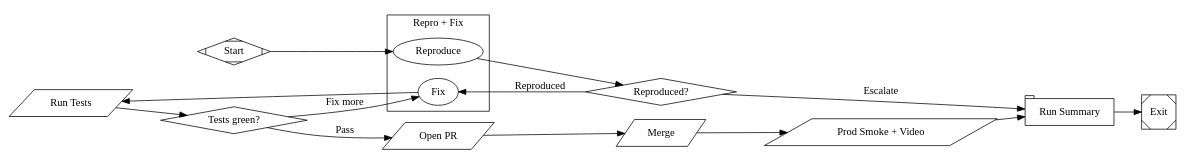
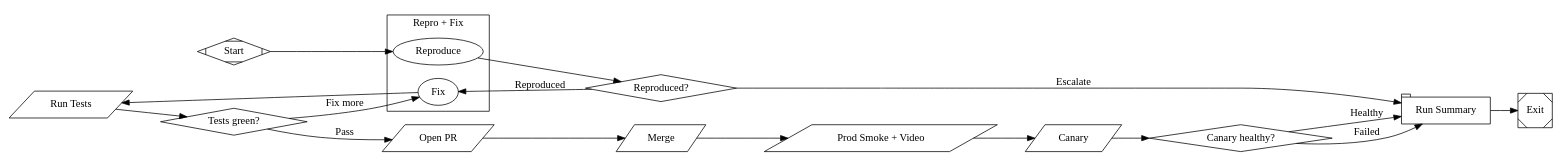
The diagram in autopilot/lib/factory-scaffold/factory/workflows/bugfix-express.dot (HireAll-ai/autopilot-skills), drawn with Graphviz before and after one commit. The commit also changed 32 other files, not shown here.

First line of the commit message:
autopilot 1.4.0: /init command, factory v2 scaffold (lane merge, QA/CSO/docs/canary)

```diff
--- a/autopilot/lib/factory-scaffold/factory/workflows/bugfix-express.dot
+++ b/autopilot/lib/factory-scaffold/factory/workflows/bugfix-express.dot
@@ -1,71 +1,83 @@
 // Software Factory — bugfix express
 // For bugs with an obvious cause and a reproducible symptom.
 // Discipline: the failing test IS the spec — reproduce FIRST, then fix.
 // Zero human gates; escalates itself to bugfix-deep when the cause turns out
 // to be non-obvious.
 //
 // Validate: `fabro validate factory/workflows/bugfix-express.dot`
 
 digraph BugfixExpress {
     graph [
         goal="Reproduce the bug with a failing test, fix it minimally, ship",
         default_max_retries=1,
         model_stylesheet="
             *        { model: claude-haiku-4-5; reasoning_effort: low; }
             .cheap   { model: claude-haiku-4-5; reasoning_effort: low; }
             .coding  { model: claude-fable-5; reasoning_effort: high; }
         "
     ]
     rankdir=LR
 
     start [shape=Mdiamond, label="Start"]
     exit  [shape=Msquare, label="Exit"]
 
     // Repro and fix share one thread: the fix agent keeps the repro context.
     subgraph cluster_fix {
         label = "Repro + Fix"
         node [thread_id="fix", fidelity="full"]
         reproduce [
             label="Reproduce",
             class="coding",
             prompt="Bug report: {{ goal }}. Write a failing automated test that reproduces the bug, commit it, and confirm the current code fails it. Do NOT fix anything yet. ESCAPE HATCH: if after a serious attempt you cannot reproduce, or the root cause turns out to be non-obvious (spans several modules, data corruption, concurrency), write your findings to triage.md, say ESCALATE in your final message, and stop — this bug belongs in bugfix-deep."
         ]
         fix [
             label="Fix",
             class="coding",
             max_visits=4,
             prompt="Fix the bug with the smallest change that makes the repro test pass without breaking the rest of the suite. No refactoring, no drive-by fixes — this lane merges with no human review. Commit."
         ]
     }
     repro_gate [shape=diamond, label="Reproduced?"]
 
     run_tests [label="Run Tests", shape=parallelogram, script="./factory/hooks/run-tests.sh", max_retries=0]
     tests_gate [shape=diamond, label="Tests green?"]
 
     open_pr [label="Open PR", shape=parallelogram, script="./factory/hooks/open-pr.sh"]
     merge   [label="Merge", shape=parallelogram, script="./factory/hooks/merge.sh", timeout="1800s"]
     prod_smoke [
         label="Prod Smoke + Video",
         shape=parallelogram,
         script="./factory/hooks/prod-e2e-video.sh",
         timeout="1800s"
     ]
 
+    canary [
+        label="Canary",
+        shape=parallelogram,
+        script="./factory/hooks/canary.sh",
+        max_retries=0,
+        timeout="1800s"
+    ]
+    canary_gate [shape=diamond, label="Canary healthy?"]
+
     summary [
         label="Run Summary",
         shape=tab,
         class="cheap",
-        prompt="Summarize: the bug, root cause in one line, the fix, the repro test path, prod smoke result. If the run escalated, lead with ESCALATED, quote triage.md, and recommend a bugfix-deep run."
+        prompt="Summarize: the bug, root cause in one line, the fix, the repro test path, prod smoke and canary results. If the run escalated, lead with ESCALATED, quote triage.md, and recommend a bugfix-deep run. If prod smoke or the canary failed, lead with SMOKE FAILED or CANARY FAILED and recommend a revert or an immediate follow-up fix."
     ]
 
     // ---- Edges ------------------------------------------------------------
     start -> reproduce -> repro_gate
     repro_gate -> summary [label="Escalate", condition="context.log contains ESCALATE"]
     repro_gate -> fix     [label="Reproduced"]
 
     fix -> run_tests -> tests_gate
     tests_gate -> open_pr [label="Pass", condition="outcome=succeeded"]
     tests_gate -> fix     [label="Fix more"]
 
-    open_pr -> merge -> prod_smoke -> summary -> exit
+    open_pr -> merge -> prod_smoke -> canary -> canary_gate
+    canary_gate -> summary [label="Healthy", condition="outcome=succeeded"]
+    canary_gate -> summary [label="Failed"]
+    summary -> exit
 }
```
